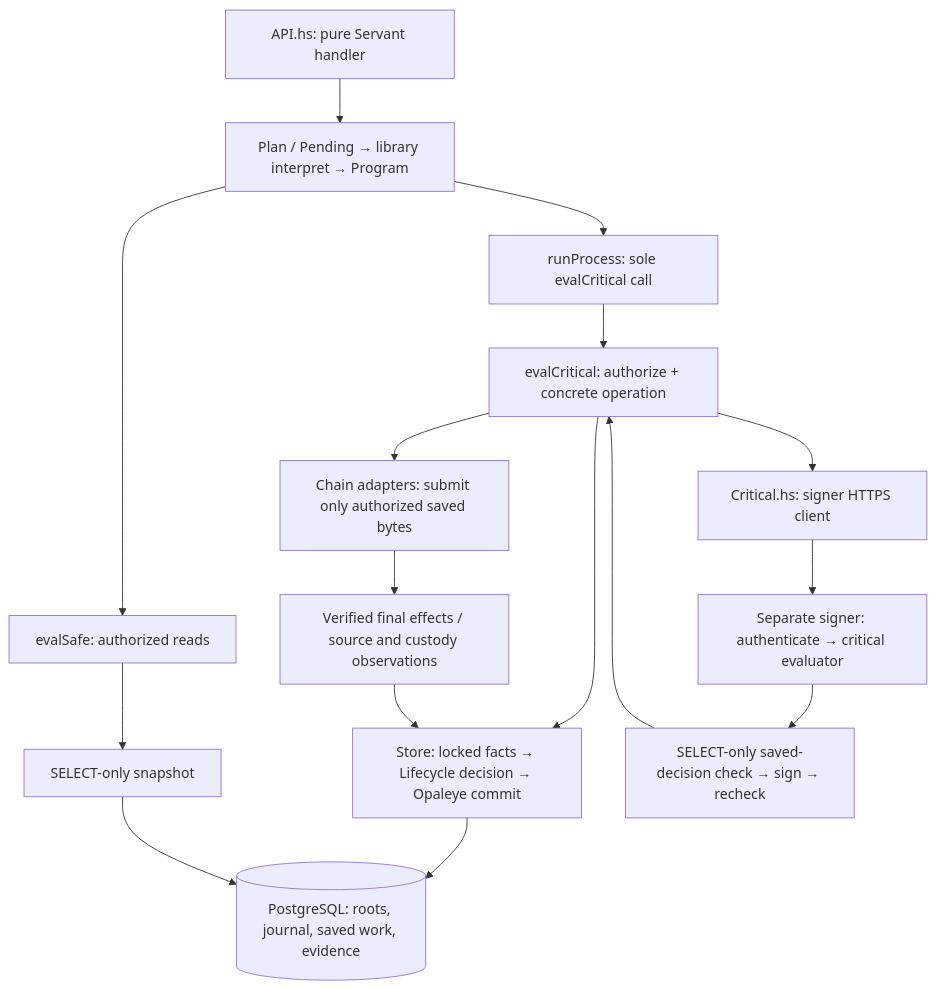
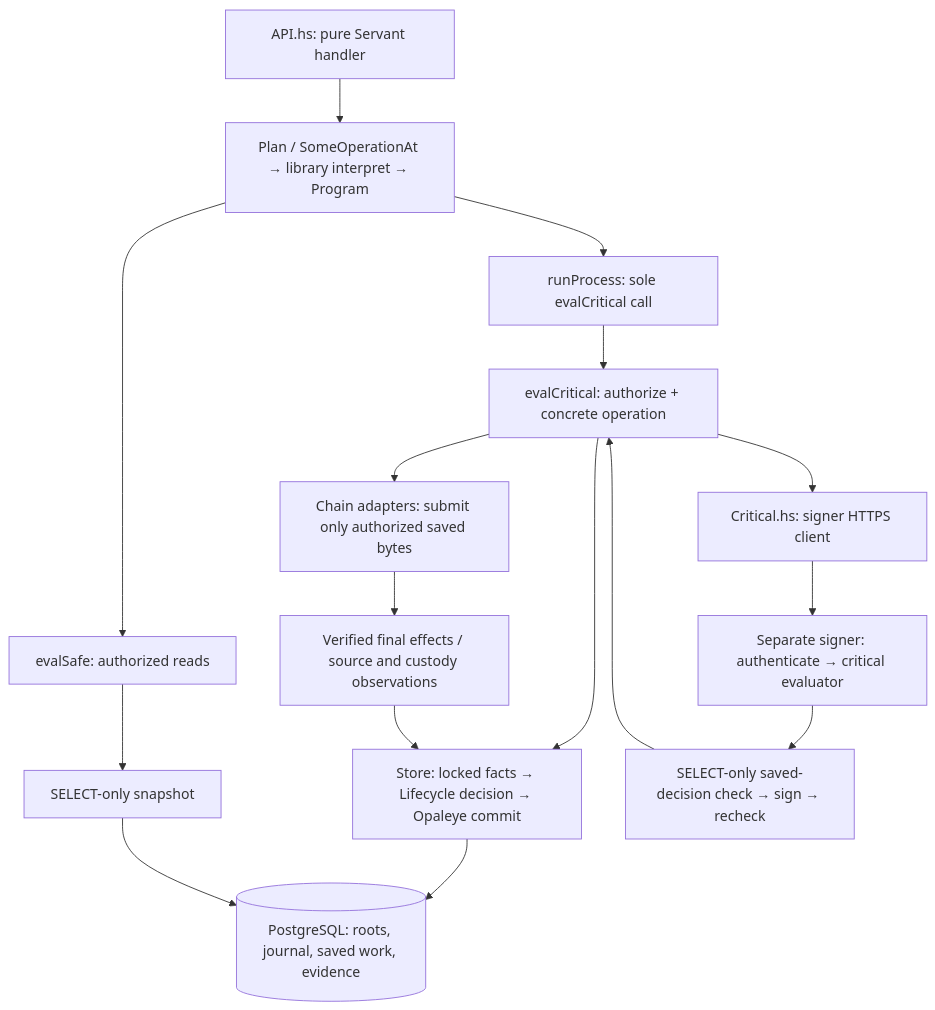
The diagram in Docs/ARCHITECTURE.md (freewillydev/hot-wallet-server), drawn with Mermaid before and after one commit. The commit also changed other lines of this file and 15 other files, not shown here.

````diff
--- a/Docs/ARCHITECTURE.md
+++ b/Docs/ARCHITECTURE.md
@@ -22,18 +22,18 @@
 ```mermaid
 flowchart TD
-  API["API.hs: pure Servant handler"] --> Request["Plan / Pending → library interpret → Program"]
+  API["API.hs: pure Servant handler"] --> Request["Plan / SomeOperationAt → library interpret → Program"]
   Request --> Safe["evalSafe: authorized reads"]
   Request --> Dispatch["runProcess: sole evalCritical call"]
   Dispatch --> Critical["evalCritical: authorize + concrete operation"]
   Critical --> Store["Store: locked facts → Lifecycle decision → Opaleye commit"]
   Safe --> Reader["SELECT-only snapshot"]
   Store --> DB[("PostgreSQL: roots, journal, saved work, evidence")]
   Reader --> DB
   Critical --> Client["Critical.hs: signer HTTPS client"]
   Client --> Signer["Separate signer: authenticate → critical evaluator"]
   Signer --> Check["SELECT-only saved-decision check → sign → recheck"]
   Check --> Critical
   Critical --> Chains["Chain adapters: submit only authorized saved bytes"]
   Chains --> Observe["Verified final effects / source and custody observations"]
   Observe --> Store
 ```
````
